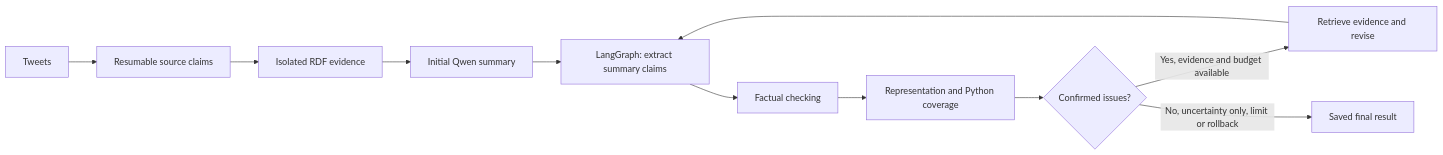
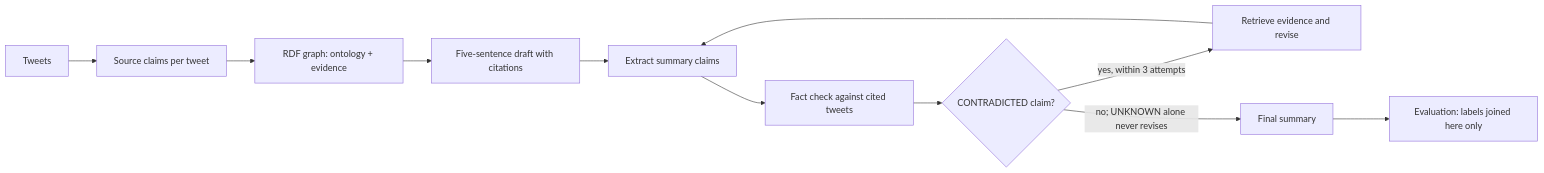
The diagram in README.md (Lucayodad/INFOIAG-Group-2), drawn with Mermaid before and after one commit. The commit also changed other lines of this file and 210 other files, not shown here.

````diff
--- a/README.md
+++ b/README.md
@@ -13,13 +18,13 @@
 ```mermaid
 flowchart LR
-    A[Tweets] --> B[Resumable source claims]
-    B --> C[Isolated RDF evidence]
-    C --> D[Initial Qwen summary]
-    D --> E[LangGraph: extract summary claims]
-    E --> F[Factual checking]
-    F --> G[Representation and Python coverage]
-    G --> H{Confirmed issues?}
-    H -->|Yes, evidence and budget available| I[Retrieve evidence and revise]
-    I --> E
-    H -->|No, uncertainty only, limit or rollback| J[Saved final result]
+    A[Tweets] --> B[Source claims per tweet]
+    B --> C[RDF graph: ontology + evidence]
+    C --> D[Five-sentence draft with citations]
+    D --> E[Extract summary claims]
+    E --> F[Fact check against cited tweets]
+    F --> G{CONTRADICTED claim?}
+    G -->|yes, within 3 attempts| H[Retrieve evidence and revise]
+    H --> E
+    G -->|no; UNKNOWN alone never revises| I[Final summary]
+    I --> J[Evaluation: labels joined here only]
 ```
````
